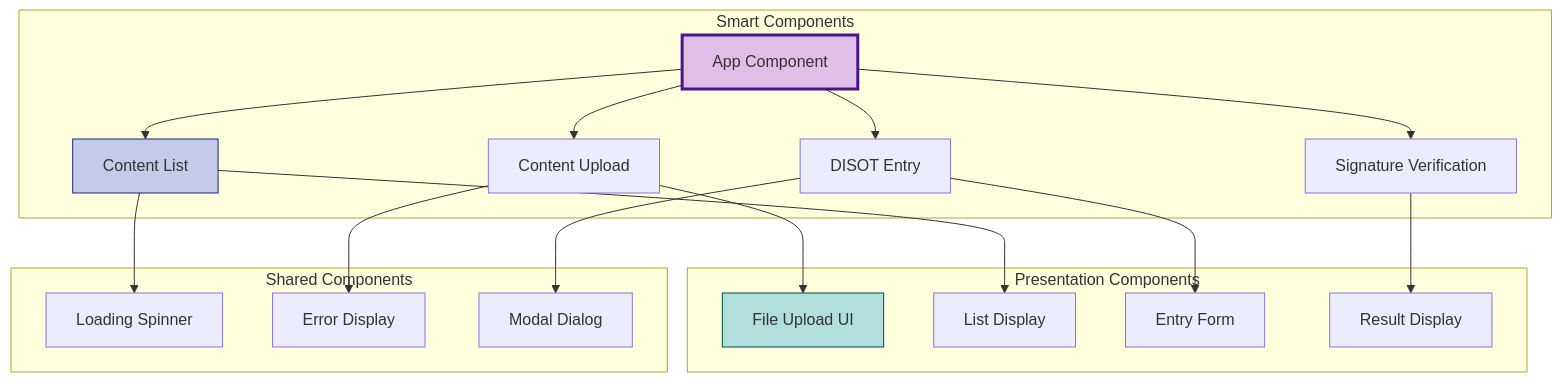
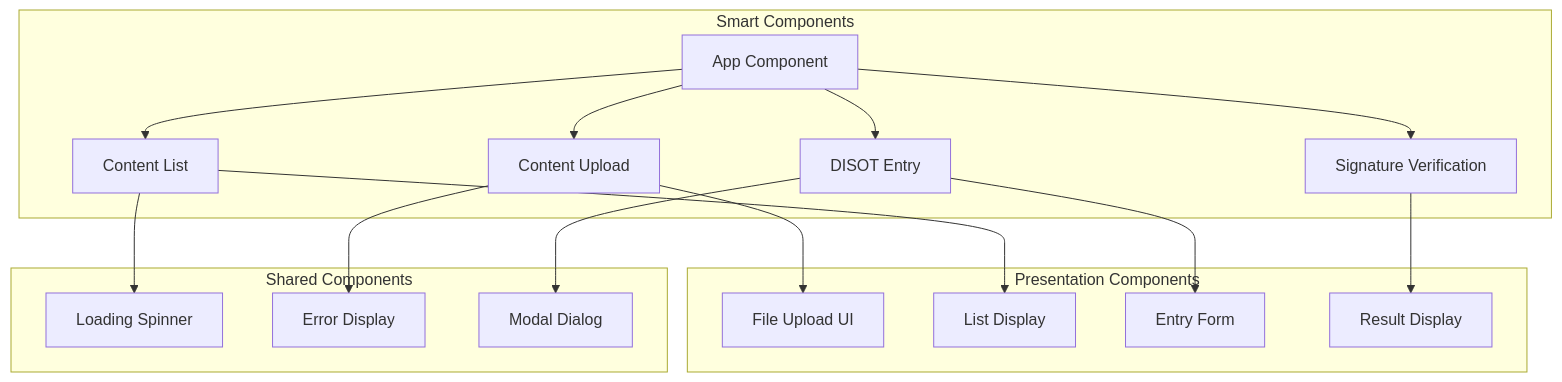
Before and after one commit to o2alexanderfedin/angular-cas-disot: the first of 13 diagrams in docs/architecture/component-architecture.md, drawn with Mermaid. The commit also changed other lines of this file and 18 other files, not shown here.

````diff
--- a/docs/architecture/component-architecture.md
+++ b/docs/architecture/component-architecture.md
@@ -17,41 +17,41 @@
 ```mermaid
 graph TD
     subgraph "Smart Components"
         APP[App Component]
         CL[Content List]
         CU[Content Upload]
         DE[DISOT Entry]
         SV[Signature Verification]
     end
     
     subgraph "Presentation Components"
         FU[File Upload UI]
         LIST[List Display]
         FORM[Entry Form]
         RESULT[Result Display]
     end
     
     subgraph "Shared Components"
         LOAD[Loading Spinner]
         ERROR[Error Display]
         MODAL[Modal Dialog]
     end
     
     APP --> CL
     APP --> CU
     APP --> DE
     APP --> SV
     
     CU --> FU
     CL --> LIST
     DE --> FORM
     SV --> RESULT
     
     CL --> LOAD
     CU --> ERROR
     DE --> MODAL
     
-    style APP fill:#e1bee7,stroke:#4a148c,stroke-width:3px
-    style CL fill:#c5cae9,stroke:#1a237e
-    style FU fill:#b2dfdb,stroke:#004d40
+    
+    
+    
 ```
````
